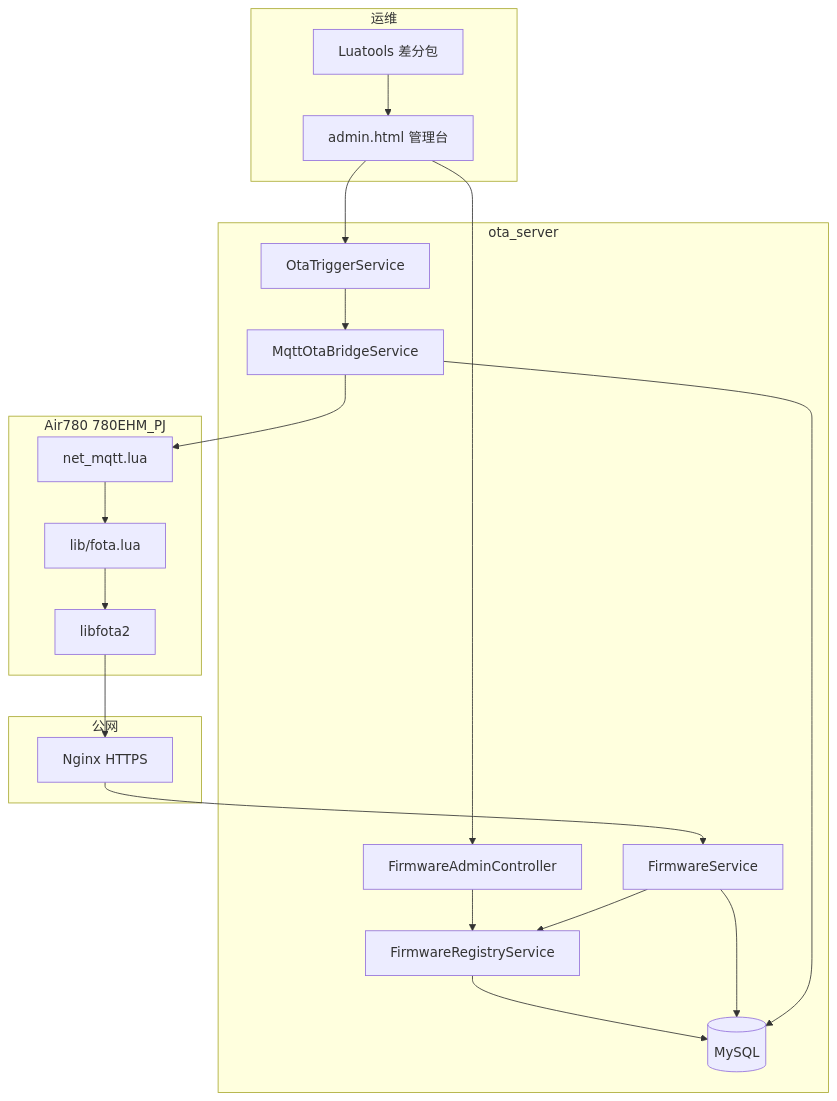
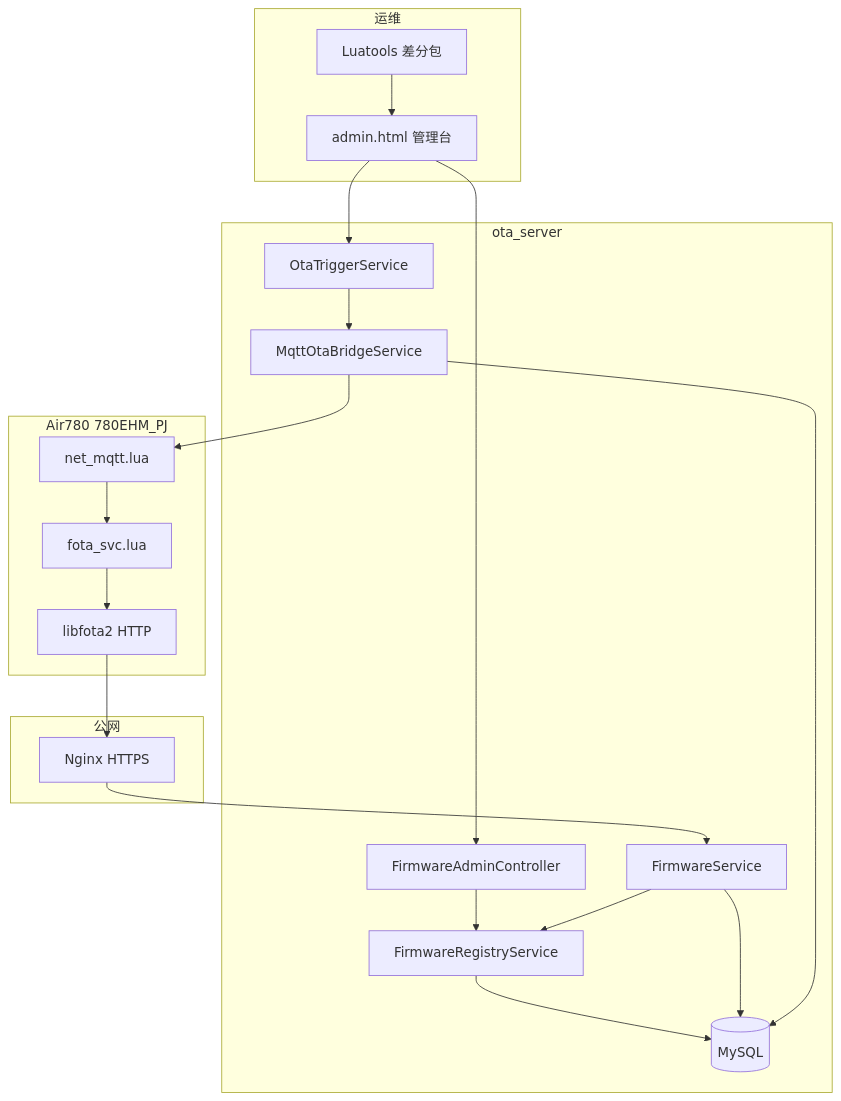
The first of 2 diagrams in doc/OTA_FLOW.md (dzr1986/AIR780EHM), drawn with Mermaid before and after one commit. The commit also changed other lines of this file and 80 other files, not shown here.

````diff
--- a/doc/OTA_FLOW.md
+++ b/doc/OTA_FLOW.md
@@ -16,36 +16,36 @@
 ```mermaid
 flowchart TB
   subgraph ops [运维]
     Admin[admin.html 管理台]
     Luatools[Luatools 差分包]
   end
 
   subgraph ota [ota_server]
     FA[FirmwareAdminController]
     REG[FirmwareRegistryService]
     FS[FirmwareService]
     MQTTB[MqttOtaBridgeService]
     OTS[OtaTriggerService]
     DB[(MySQL)]
   end
 
   subgraph edge [公网]
     NG[Nginx HTTPS]
   end
 
   subgraph dev [Air780 780EHM_PJ]
     NM[net_mqtt.lua]
-    FOTA[lib/fota.lua]
-    LF2[libfota2]
+    FOTA[fota_svc.lua]
+    LF2[libfota2 HTTP]
   end
 
   Luatools --> Admin
   Admin --> FA --> REG --> DB
   Admin --> OTS --> MQTTB
   MQTTB --> NM
   NM --> FOTA --> LF2
   LF2 --> NG --> FS
   FS --> REG
   FS --> DB
   MQTTB --> DB
 ```
````
